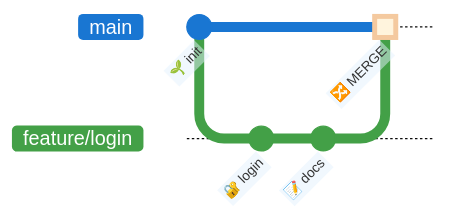
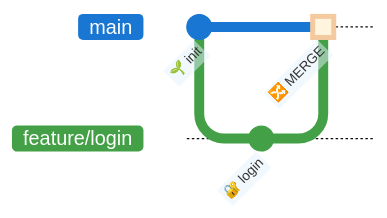
The seventh of 7 diagrams in 02-esercitazioni/02-branches/guida.md (DaveFV91/GitCourse), drawn with Mermaid before and after one commit. The commit also changed other lines of this file and 1 other file, not shown here.

````diff
--- a/02-esercitazioni/02-branches/guida.md
+++ b/02-esercitazioni/02-branches/guida.md
@@ -203,10 +221,9 @@
 ```mermaid
 %%{init: {'theme': 'base', 'gitGraph': {'mainBranchName': 'main', 'showCommitLabel': true}, 'themeVariables': { 'git0': '#1976D2', 'git1': '#43A047', 'gitBranchLabel0': '#fff', 'gitBranchLabel1': '#fff', 'commitLabelColor': '#333', 'commitLabelBackground': '#E3F2FD', 'commitLabelFontSize': '11px'}}}%%
 gitGraph
     commit id: "🌱 init"
     branch feature/login
     commit id: "🔐 login"
-    commit id: "📝 docs"
     checkout main
     merge feature/login id: "🔀 MERGE" type: HIGHLIGHT
 ```
````
